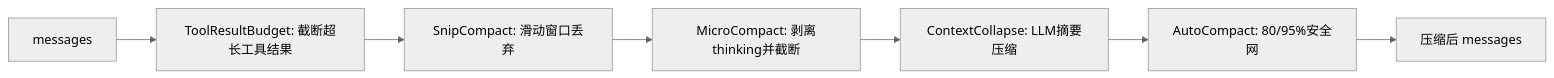
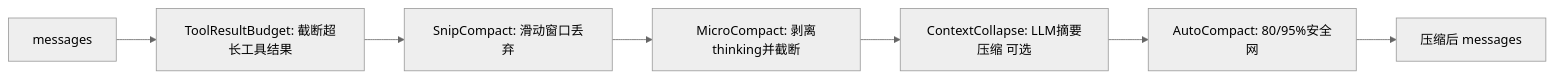
One commit to DawnOf1996/nono-agent changed the fifth of 6 diagrams in docs/NonoAgent-Architecture.md. Above: the diagram before and after it, drawn with Mermaid (neutral theme). The commit also changed other lines of this file and 8 other files, not shown here.

First line of the commit message:
docs: 对齐架构与 Roadmap，新增提交规范

````diff
--- a/docs/NonoAgent-Architecture.md
+++ b/docs/NonoAgent-Architecture.md
@@ -339,9 +388,9 @@
 ```mermaid
 graph LR
     Input[messages] --> TRB[ToolResultBudget: 截断超长工具结果]
     TRB --> SC[SnipCompact: 滑动窗口丢弃]
     SC --> MC[MicroCompact: 剥离thinking并截断]
-    MC --> CC[ContextCollapse: LLM摘要压缩]
+    MC --> CC[ContextCollapse: LLM摘要压缩 可选]
     CC --> AC[AutoCompact: 80/95%安全网]
     AC --> Output[压缩后 messages]
 ```
````
